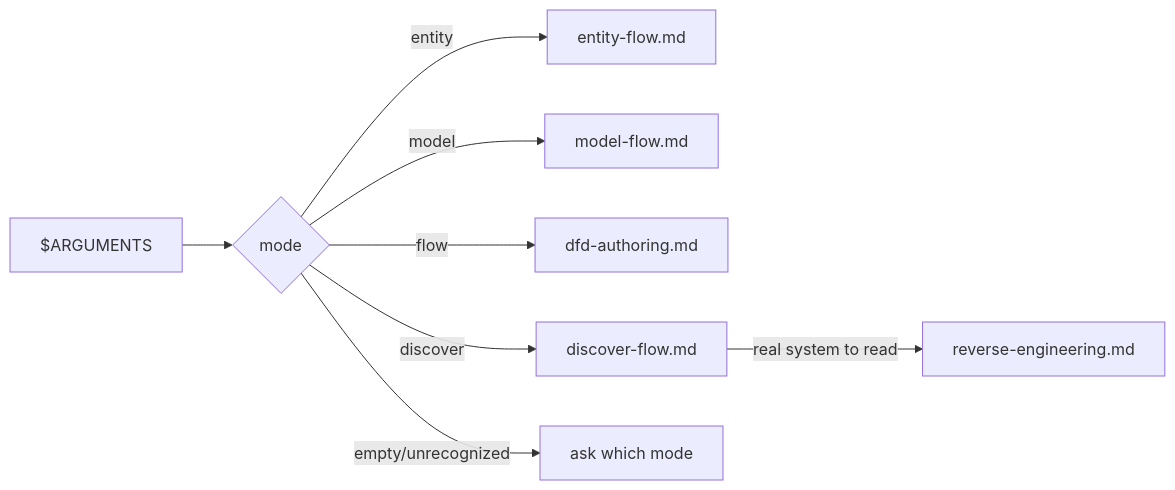
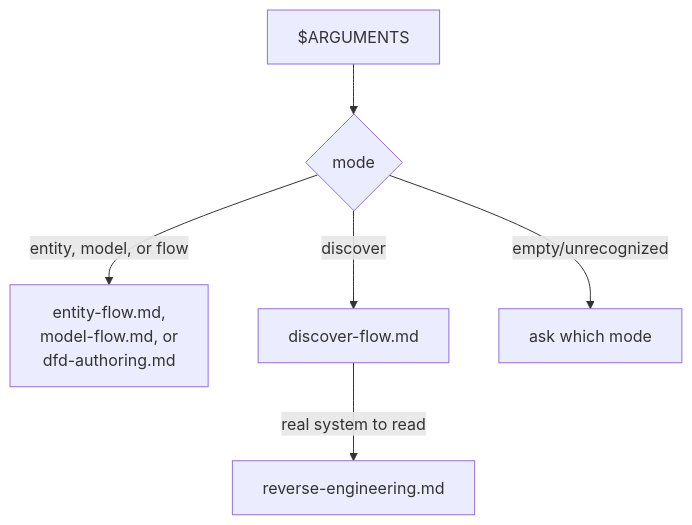
The first of 4 diagrams in docs/wiki/skill.md (noormdev/ignatius), drawn with Mermaid before and after one commit. The commit also changed other lines of this file and 86 other files, not shown here.

````diff
--- a/docs/wiki/skill.md
+++ b/docs/wiki/skill.md
@@ -21,10 +21,8 @@
 ```mermaid
-flowchart LR
+flowchart TD
     A["$ARGUMENTS"] --> B{mode}
-    B -->|entity| C["entity-flow.md"]
-    B -->|model| D["model-flow.md"]
-    B -->|flow| E["dfd-authoring.md"]
+    B -->|"entity, model, or flow"| C["entity-flow.md,<br/>model-flow.md, or<br/>dfd-authoring.md"]
     B -->|discover| F["discover-flow.md"]
     F -->|real system to read| G["reverse-engineering.md"]
     B -->|empty/unrecognized| H["ask which mode"]
 ```
````
